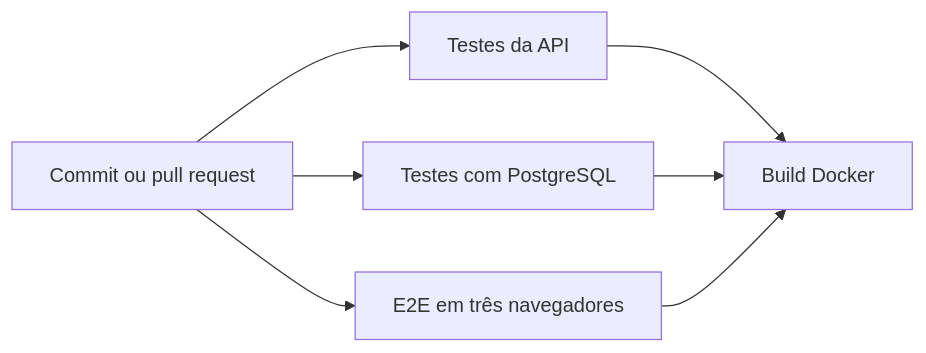
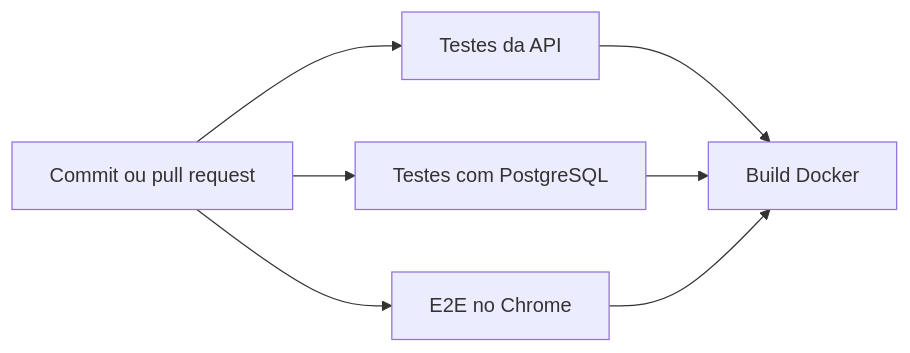
Before and after one commit to eduardonunesfvm/auditorio-sistema: the second of 2 diagrams in docs/architecture.md, drawn with Mermaid. The commit also changed other lines of this file and 10 other files, not shown here.

````diff
--- a/docs/architecture.md
+++ b/docs/architecture.md
@@ -108,9 +108,9 @@
 ```mermaid
 flowchart LR
     C[Commit ou pull request] --> U[Testes da API]
     C --> P[Testes com PostgreSQL]
-    C --> E[E2E em três navegadores]
+    C --> E[E2E no Chrome]
     U --> D[Build Docker]
     P --> D
     E --> D
 ```
````
